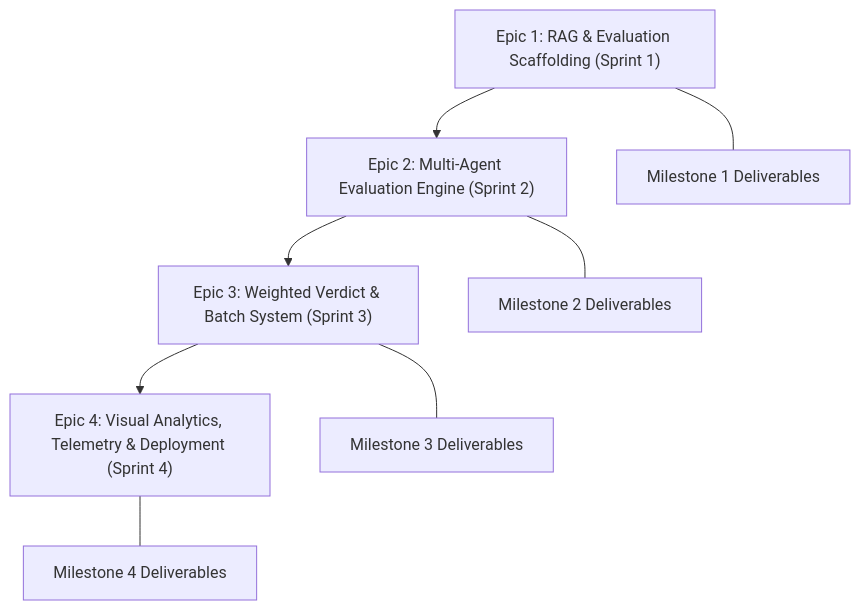
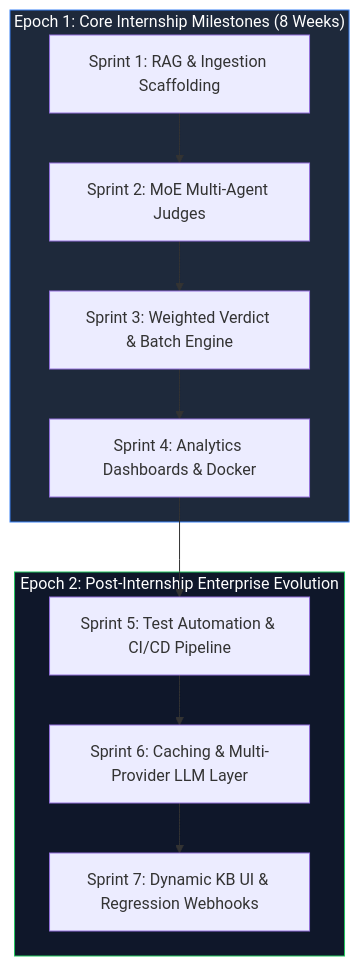
The diagram in docs/agile_documentation.md (Hassan092-prog/ai-response-validation-system), drawn with Mermaid before and after one commit. The commit also changed other lines of this file and 5 other files, not shown here.

````diff
--- a/docs/agile_documentation.md
+++ b/docs/agile_documentation.md
@@ -38,11 +21,17 @@
 ```mermaid
-graph TD
-    EPIC1["Epic 1: RAG & Evaluation Scaffolding (Sprint 1)"] --> EPIC2["Epic 2: Multi-Agent Evaluation Engine (Sprint 2)"]
-    EPIC2 --> EPIC3["Epic 3: Weighted Verdict & Batch System (Sprint 3)"]
-    EPIC3 --> EPIC4["Epic 4: Visual Analytics, Telemetry & Deployment (Sprint 4)"]
-    
-    EPIC1 --- M1["Milestone 1 Deliverables"]
-    EPIC2 --- M2["Milestone 2 Deliverables"]
-    EPIC3 --- M3["Milestone 3 Deliverables"]
-    EPIC4 --- M4["Milestone 4 Deliverables"]
+flowchart TD
+    subgraph Epoch1["Epoch 1: Core Internship Milestones (8 Weeks)"]
+        S1["Sprint 1: RAG & Ingestion Scaffolding"] --> S2["Sprint 2: MoE Multi-Agent Judges"]
+        S2 --> S3["Sprint 3: Weighted Verdict & Batch Engine"]
+        S3 --> S4["Sprint 4: Analytics Dashboards & Docker"]
+    end
+
+    subgraph Epoch2["Epoch 2: Post-Internship Enterprise Evolution"]
+        S4 --> S5["Sprint 5: Test Automation & CI/CD Pipeline"]
+        S5 --> S6["Sprint 6: Caching & Multi-Provider LLM Layer"]
+        S6 --> S7["Sprint 7: Dynamic KB UI & Regression Webhooks"]
+    end
+
+    style Epoch1 fill:#1e293b,stroke:#3b82f6,color:#fff
+    style Epoch2 fill:#0f172a,stroke:#22c55e,color:#fff
 ```
````
